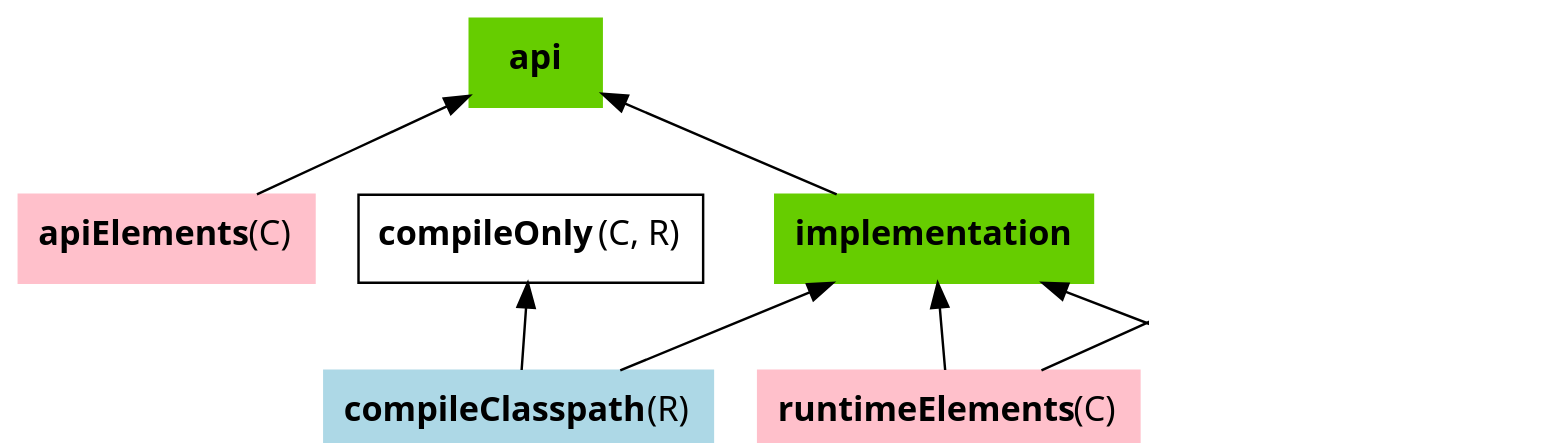
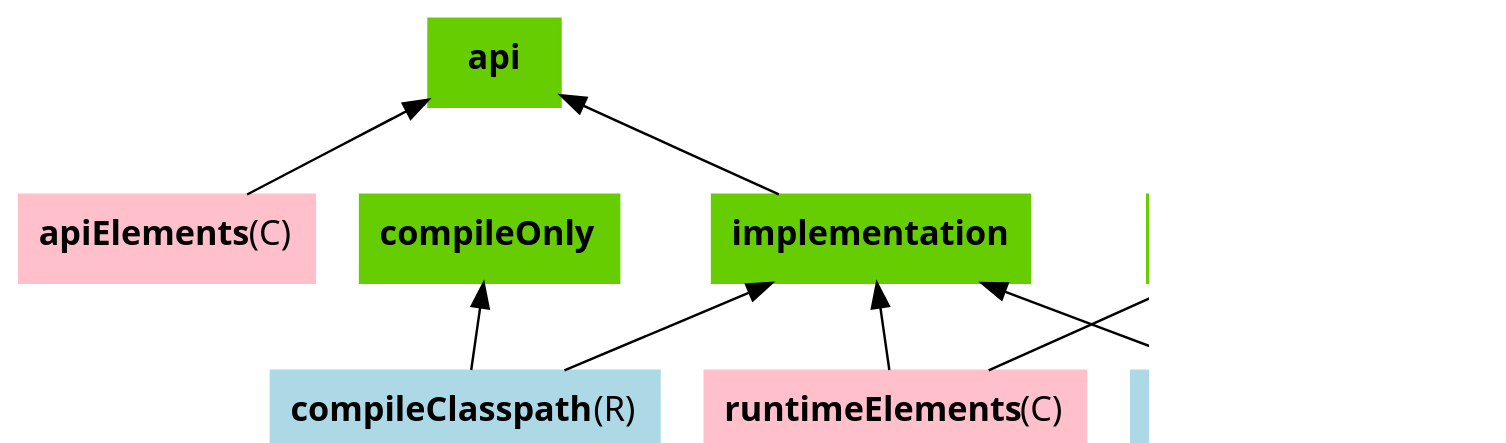
The diagram in subprojects/docs/src/docs/userguide/img/java-library-ignore-deprecated-main.dot (gradle/gradle), drawn with Graphviz before and after one commit. The commit also changed 4 other files, not shown here.

First line of the commit message:
Adjust documentation about 'compileOnly'

```diff
--- a/subprojects/docs/src/docs/userguide/img/java-library-ignore-deprecated-main.dot
+++ b/subprojects/docs/src/docs/userguide/img/java-library-ignore-deprecated-main.dot
@@ -1,27 +1,27 @@
 digraph configurations {
     rankdir = BT;
    graph [ dpi = 100, fontname="Sans"];
    node [fontname = "Sans"];
    edge [fontname = "Sans"];
 
    "apiElements" [shape="box", label=<<B>apiElements</B>(C)>, color="pink", bgcolor="pink", style="filled"]
    "apiElements" -> "api"
 
    "api" [shape="box", label=<<B>api</B>>, color="chartreuse3", bgcolor="chartreuse3", style="filled"]
 
    "compileClasspath" [shape="box", label=<<B>compileClasspath</B>(R)>, color="lightblue", bgcolor="lightblue", style="filled"]
    "compileClasspath" -> "compileOnly"
-   "compileOnly" [shape="box", label=<<B>compileOnly</B>(C, R)>, ]
+   "compileOnly" [shape="box", label=<<B>compileOnly</B>>, color="chartreuse3", bgcolor="chartreuse3", style="filled"]
    "compileClasspath" -> "implementation"
    "implementation" [shape="box", label=<<B>implementation</B>>, color="chartreuse3", bgcolor="chartreuse3", style="filled"]
    "implementation" -> "api"
 
    "runtimeClasspath" [shape="box", label=<<B>runtimeClasspath</B>(R)>, color="lightblue", bgcolor="lightblue", style="filled"]
    "runtimeClasspath" -> "runtimeOnly"
    "runtimeOnly" [shape="box", label=<<B>runtimeOnly</B>>, color="chartreuse3", bgcolor="chartreuse3", style="filled"]
    "runtimeClasspath" -> "implementation"
    "runtimeElements" [shape="box", label=<<B>runtimeElements</B>(C)>, color="pink", bgcolor="pink", style="filled"]
    "runtimeElements" -> "implementation"
    "runtimeElements" -> "runtimeOnly"
 
 }
```
